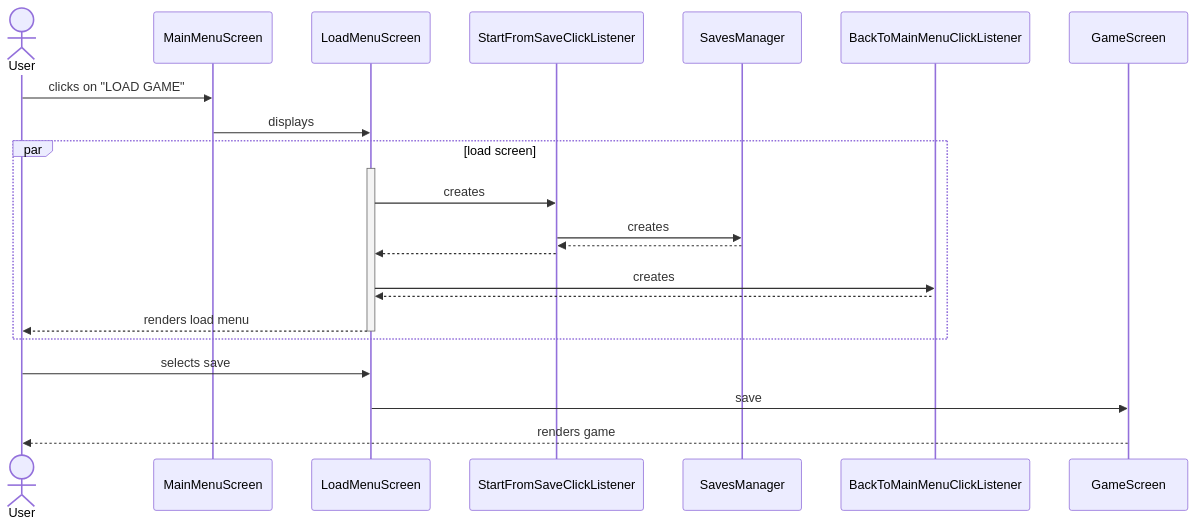
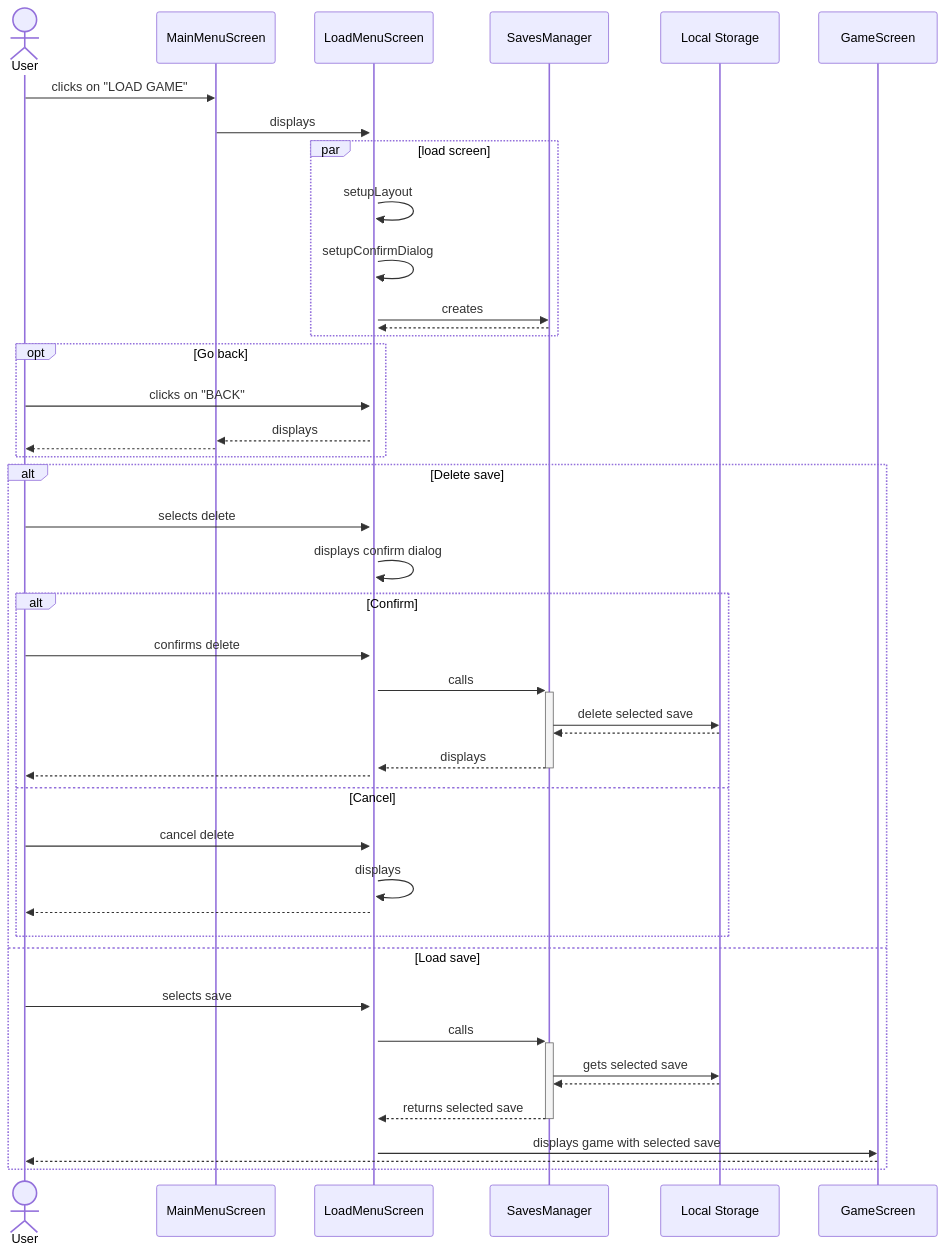
Before and after one commit to BIRSAx2/klotski: the seventh of 14 diagrams in docs/sequence_diagram/index.md, drawn with Mermaid. The commit also changed other lines of this file, not shown here.

````diff
--- a/docs/sequence_diagram/index.md
+++ b/docs/sequence_diagram/index.md
@@ -316,37 +280,53 @@
 ```mermaid
 sequenceDiagram
     actor User
     participant MainMenuScreen
     participant LoadMenuScreen
-    participant StartFromSaveClickListener
     participant SavesManager
-    participant BackToMainMenuClickListener
+    participant Local Storage
     participant GameScreen
     
 
     User ->> MainMenuScreen : clicks on "LOAD GAME"
 
-    MainMenuScreen ->> LoadMenuScreen : displays
+    MainMenuScreen ->>+ LoadMenuScreen : displays
 
     par load screen
-        activate LoadMenuScreen
-        LoadMenuScreen ->> StartFromSaveClickListener : creates
-
-        StartFromSaveClickListener ->> SavesManager : creates
-        SavesManager -->> StartFromSaveClickListener :  
-
-        StartFromSaveClickListener -->> LoadMenuScreen : 
-
-        LoadMenuScreen ->> BackToMainMenuClickListener : creates
-        activate BackToMainMenuClickListener
-        BackToMainMenuClickListener -->> LoadMenuScreen :  
-        LoadMenuScreen -->> User: renders load menu
-        deactivate LoadMenuScreen
+        LoadMenuScreen ->> LoadMenuScreen : setupLayout
+        LoadMenuScreen ->> LoadMenuScreen : setupConfirmDialog
+        LoadMenuScreen ->> SavesManager : creates
+        SavesManager -->> LoadMenuScreen :  
+    end
+    
+    opt Go back
+        User ->> LoadMenuScreen : clicks on "BACK"
+        LoadMenuScreen -->> MainMenuScreen : displays
+        MainMenuScreen -->> User : 
     end
 
-    User ->> LoadMenuScreen: selects save
-    LoadMenuScreen ->> GameScreen: save
-    GameScreen -->> User: renders game
-
+    alt Delete save
+        User ->> LoadMenuScreen : selects delete
+        LoadMenuScreen ->> LoadMenuScreen : displays confirm dialog
+        alt Confirm
+            User ->> LoadMenuScreen : confirms delete
+            LoadMenuScreen ->>+ SavesManager : calls
+            SavesManager ->> Local Storage : delete selected save
+            Local Storage -->> SavesManager : 
+            SavesManager -->>- LoadMenuScreen : displays
+            LoadMenuScreen -->> User : 
+        else Cancel
+            User ->> LoadMenuScreen : cancel delete
+            LoadMenuScreen ->> LoadMenuScreen : displays
+            LoadMenuScreen -->> User : 
+        end
+    else Load save
+        User ->> LoadMenuScreen: selects save
+        LoadMenuScreen ->>+ SavesManager: calls
+        SavesManager ->> Local Storage : gets selected save
+        Local Storage -->> SavesManager : 
+        SavesManager -->>- LoadMenuScreen : returns selected save
+        LoadMenuScreen ->> GameScreen: displays game with selected save
+        GameScreen -->> User : 
+    end
 
 ```
````
